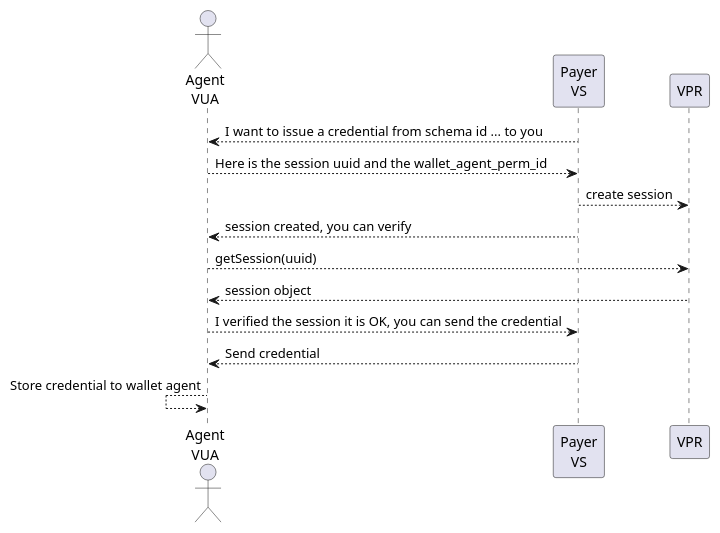
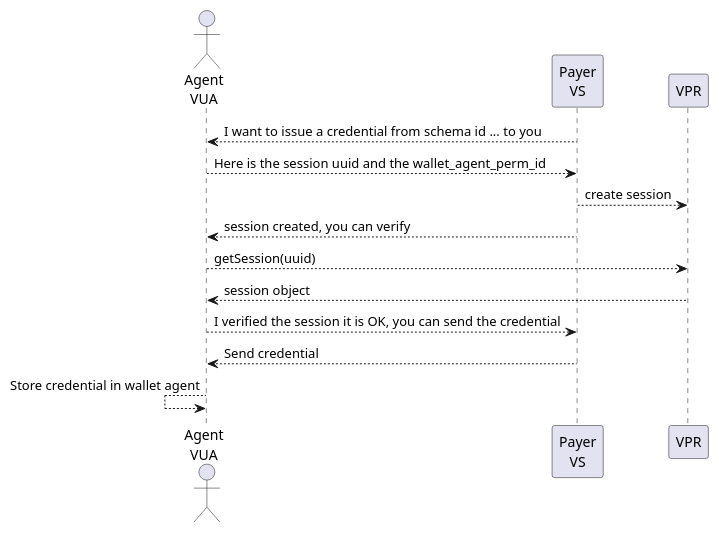
One commit to verana-labs/verifiable-trust-vpr-spec changed the tenth of 15 diagrams in spec.md. Above: the diagram before and after it, drawn with PlantUML. The commit also changed other lines of this file and 1 other file, not shown here.

````diff
--- a/spec.md
+++ b/spec.md
@@ -2598,18 +2723,18 @@
 ```plantuml
 scale max 800 width
 actor "Agent\nVUA" as Issued 
 participant "Payer\nVS" as Issuer 
 participant "VPR" as vpr 
 
 
 Issued <-- Issuer: I want to issue a credential from schema id ... to you
 Issued --> Issuer: Here is the session uuid and the wallet_agent_perm_id
 Issuer --> vpr: create session
 Issued <-- Issuer: session created, you can verify
 Issued --> vpr: getSession(uuid)
 Issued <-- vpr: session object
 Issued --> Issuer: I verified the session it is OK, you can send the credential
 Issued <-- Issuer: Send credential
-Issued <-- Issued: Store credential to wallet agent
+Issued <-- Issued: Store credential in wallet agent
 
 ```
````
